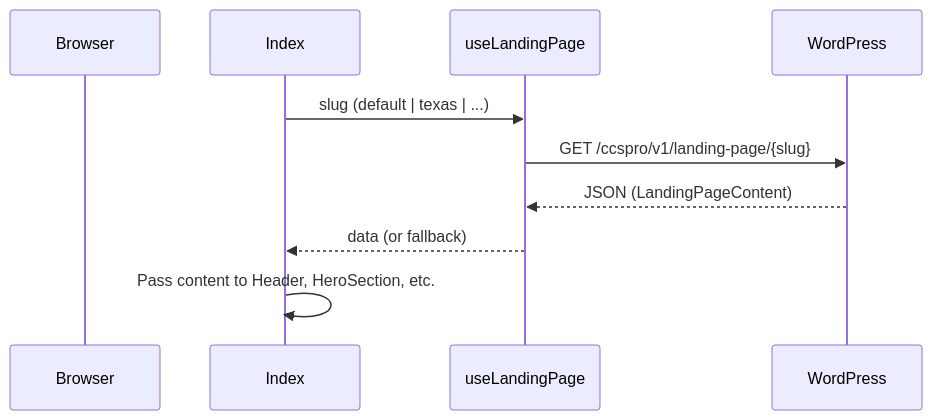
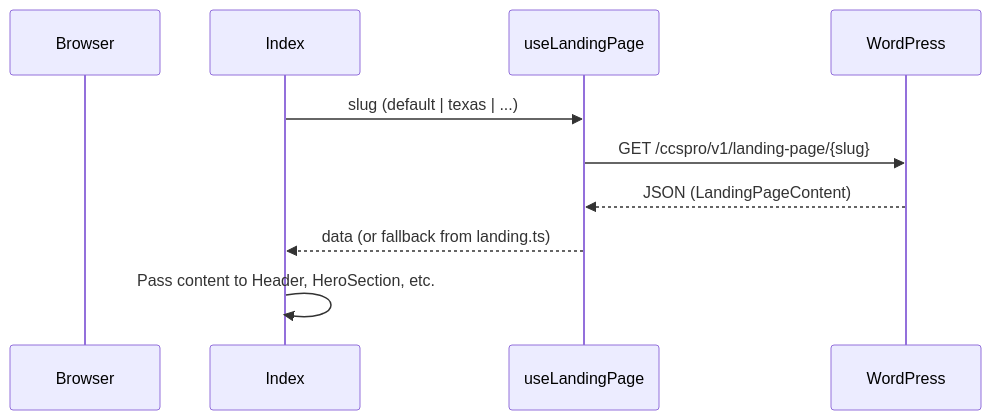
Before and after one commit to harsh20/ccsprowebsite: the fourth of 5 diagrams in architecture.md, drawn with Mermaid. The commit also changed other lines of this file and 36 other files, not shown here.

````diff
--- a/architecture.md
+++ b/architecture.md
@@ -79,12 +104,12 @@
 ```mermaid
 sequenceDiagram
     participant Browser
     participant Index
     participant useLandingPage
     participant WordPress
     Index->>useLandingPage: slug (default | texas | ...)
     useLandingPage->>WordPress: GET /ccspro/v1/landing-page/{slug}
     WordPress-->>useLandingPage: JSON (LandingPageContent)
-    useLandingPage-->>Index: data (or fallback)
+    useLandingPage-->>Index: data (or fallback from landing.ts)
     Index->>Index: Pass content to Header, HeroSection, etc.
 ```
````
